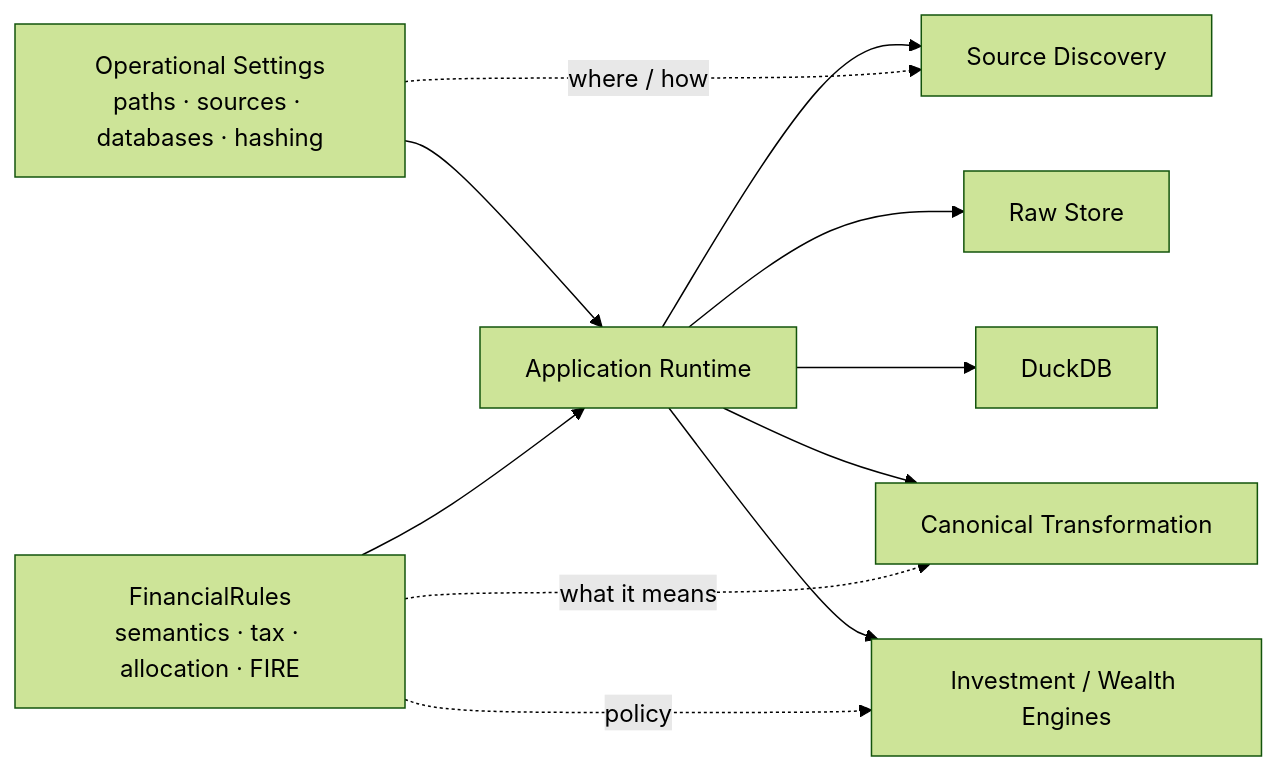
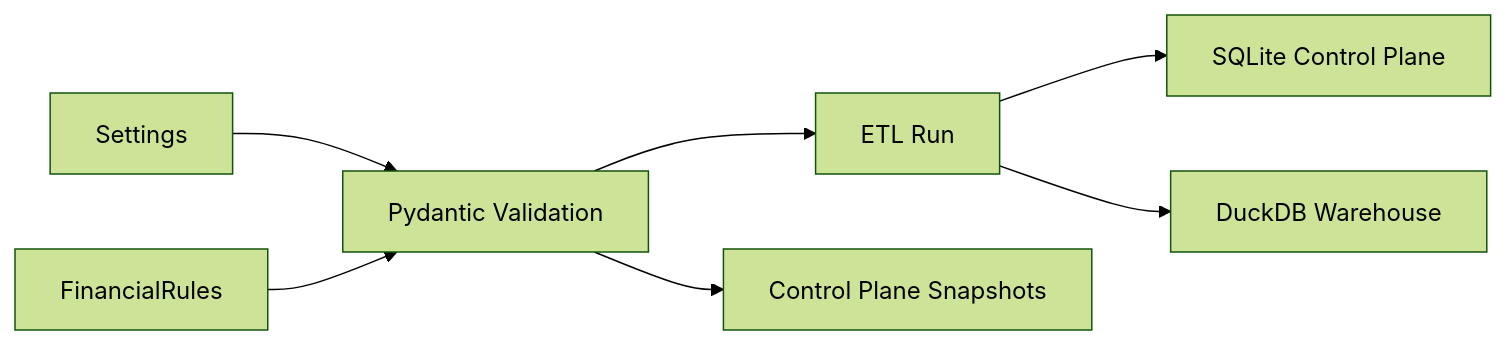
Before and after one commit to tks18/personal-finance-etl: the first of 2 diagrams in docs/getting-started/configuration.md, drawn with Mermaid (forest theme). The commit also changed other lines of this file and 2 other files, not shown here.

````diff
--- a/docs/getting-started/configuration.md
+++ b/docs/getting-started/configuration.md
@@ -29,15 +19,9 @@
 ```mermaid
 flowchart LR
-    OP["Operational Settings<br/>paths · sources · databases · hashing"] --> APP["Application Runtime"]
-    FR["FinancialRules<br/>semantics · tax · allocation · FIRE"] --> APP
-
-    APP --> DISC["Source Discovery"]
-    APP --> RAW["Raw Store"]
-    APP --> DUCK["DuckDB"]
-    APP --> TRANS["Canonical Transformation"]
-    APP --> ENGINES["Investment / Wealth Engines"]
-
-    OP -. where / how .-> DISC
-    FR -. what it means .-> TRANS
-    FR -. policy .-> ENGINES
+    SET["Settings"] --> VALID["Pydantic Validation"]
+    RULE["FinancialRules"] --> VALID
+    VALID --> RUN["ETL Run"]
+    VALID --> SNAP["Control Plane Snapshots"]
+    RUN --> CP["SQLite Control Plane"]
+    RUN --> WH["DuckDB Warehouse"]
 ```
````
